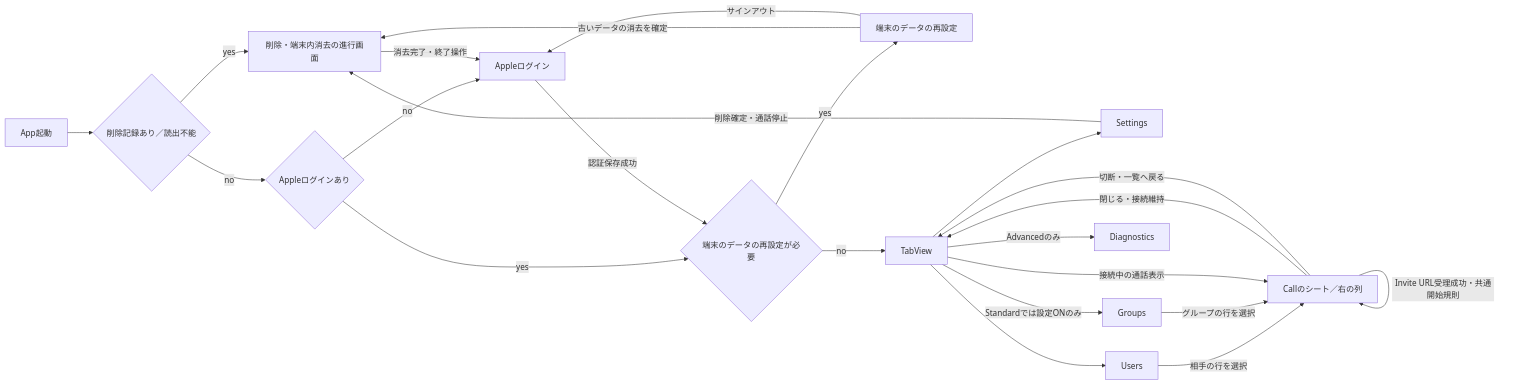
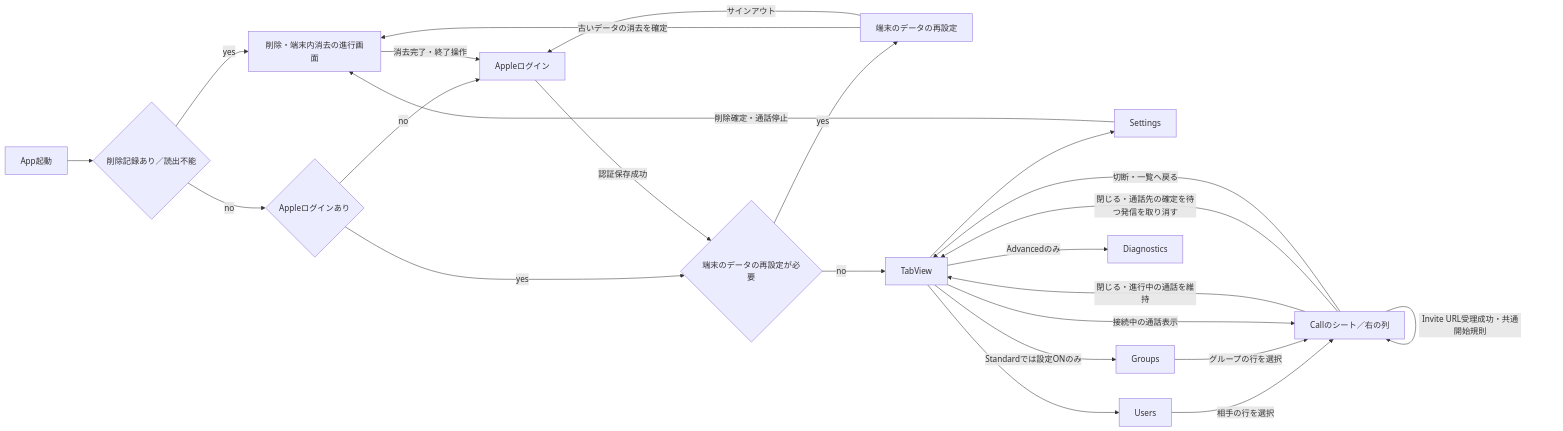
One commit to eroccowaruico/RideCom changed the first of 4 diagrams in docs/spec/App/UI/画面・状態遷移.md. Above: the diagram before and after it, drawn with Mermaid. The commit also changed other lines of this file and 2 other files, not shown here.

First line of the commit message:
端末登録を待つ個別発信の閉じる操作を遷移図にそろえる

````diff
--- a/docs/spec/App/UI/画面・状態遷移.md
+++ b/docs/spec/App/UI/画面・状態遷移.md
@@ -19,26 +21,27 @@
 ```mermaid
 flowchart LR
     A[App起動] --> P{削除記録あり／読出不能}
     P -- yes --> Q[削除・端末内消去の進行画面]
     P -- no --> L{Appleログインあり}
     L -- yes --> X{端末のデータの再設定が必要}
     L -- no --> S[Appleログイン]
     S -- 認証保存成功 --> X
     X -- yes --> R[端末のデータの再設定]
     X -- no --> B[TabView]
     R -- 古いデータの消去を確定 --> Q
     R -- サインアウト --> S
     E -- 削除確定・通話停止 --> Q
     Q -- 消去完了・終了操作 --> S
     B --> U[Users]
     B -- Standardでは設定ONのみ --> G[Groups]
     B -- Advancedのみ --> D[Diagnostics]
     B --> E[Settings]
 
     U -- 相手の行を選択 --> H[Callのシート／右の列]
     G -- グループの行を選択 --> H
     B -- 接続中の通話表示 --> H
-    H -- 閉じる・接続維持 --> B
+    H -- 閉じる・進行中の通話を維持 --> B
+    H -- 閉じる・通話先の確定を待つ発信を取り消す --> B
     H -- 切断・一覧へ戻る --> B
     H -- Invite URL受理成功・共通開始規則 --> H
 ```
````
